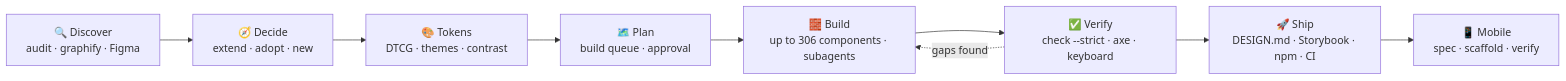
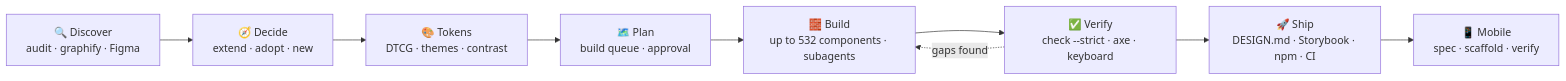
Before and after one commit to AntonBronnfjell/tooling-agent-skill-markdown_html-design-system: the first of 3 diagrams in README.md, drawn with Mermaid. The commit also changed other lines of this file and 9 other files, not shown here.

````diff
--- a/README.md
+++ b/README.md
@@ -82,11 +82,11 @@
 ```mermaid
 flowchart LR
     A["🔍 Discover<br/>audit · graphify · Figma"] --> B["🧭 Decide<br/>extend · adopt · new"]
     B --> C["🎨 Tokens<br/>DTCG · themes · contrast"]
     C --> D["🗺️ Plan<br/>build queue · approval"]
-    D --> E["🧱 Build<br/>up to 306 components · subagents"]
+    D --> E["🧱 Build<br/>up to 532 components · subagents"]
     E --> F["✅ Verify<br/>check --strict · axe · keyboard"]
     F --> G["🚀 Ship<br/>DESIGN.md · Storybook · npm · CI"]
     G --> H["📱 Mobile<br/>spec · scaffold · verify"]
     F -. "gaps found" .-> E
 ```
````
